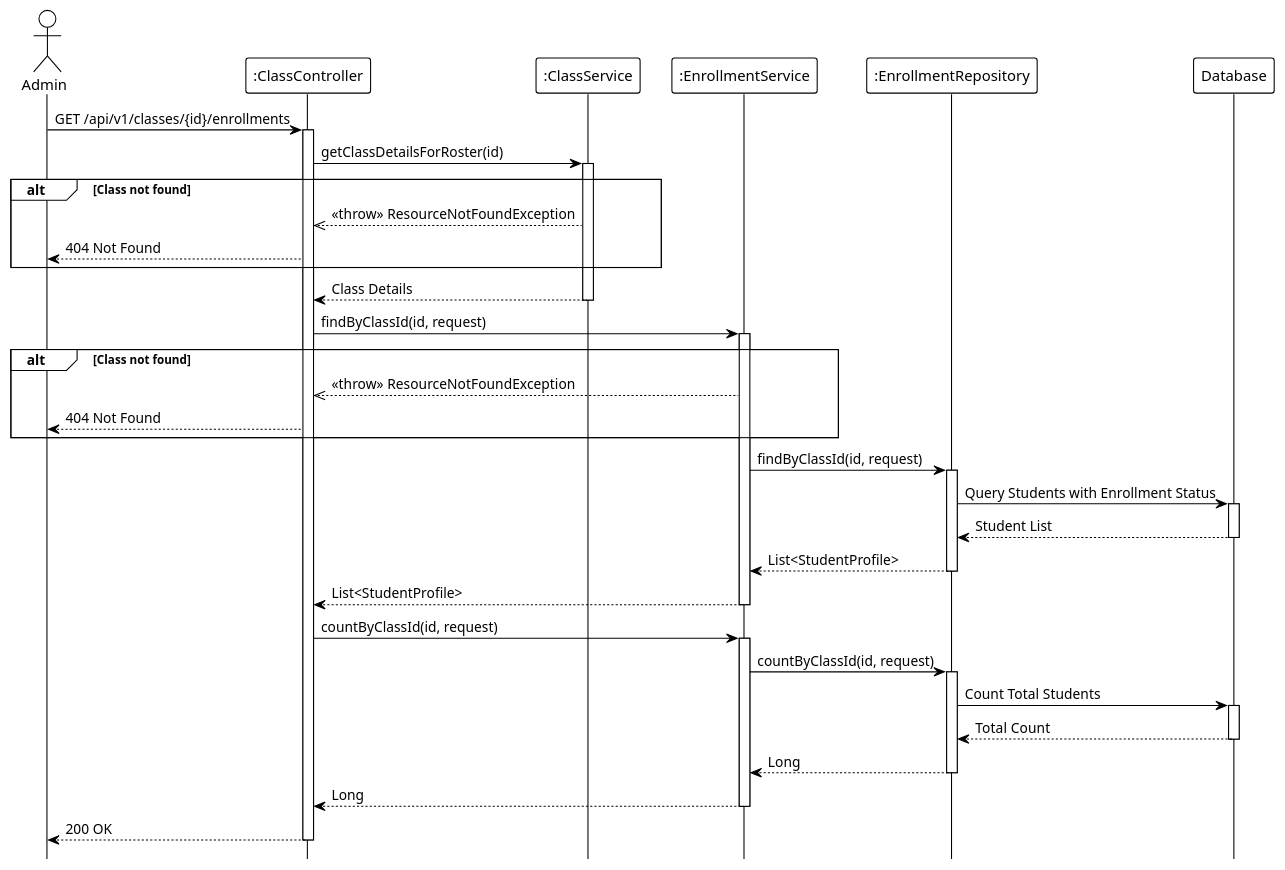
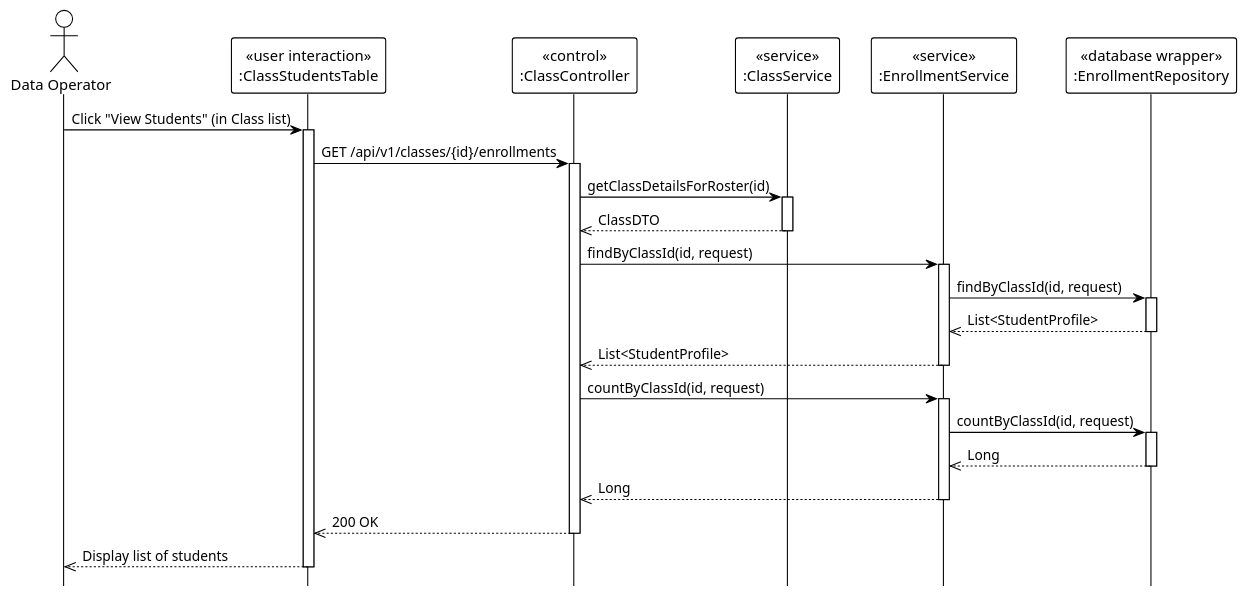
The diagram in system_detailed_design/29_view_class_students/sequence_diagram_view_class_students.puml (Ndh474/context), drawn with PlantUML before and after one commit. The commit also changed 3 other files, not shown here.

Commit message:
docs: Add sequence diagrams for class student viewing, enrollment, unenrollment, and CSV import.

```diff
--- a/system_detailed_design/29_view_class_students/sequence_diagram_view_class_students.puml
+++ b/system_detailed_design/29_view_class_students/sequence_diagram_view_class_students.puml
@@ -1,79 +1,55 @@
 @startuml view_class_students
 !theme plain
 hide footbox
 
-actor Admin
-participant ":ClassController" as Controller
-participant ":ClassService" as ClassService
-participant ":EnrollmentService" as EnrollmentService
-participant ":EnrollmentRepository" as Repository
-participant "Database" as DB
+actor "Data Operator" as DataOperator
 
-' --- MAIN FLOW ---
-Admin -> Controller: GET /api/v1/classes/{id}/enrollments
+participant "«user interaction»\n:ClassStudentsTable" as UI
+participant "«control»\n:ClassController" as Controller
+participant "«service»\n:ClassService" as ClassService
+participant "«service»\n:EnrollmentService" as Service
+participant "«database wrapper»\n:EnrollmentRepository" as Repository
+
+' === MAIN FLOW ===
+DataOperator -> UI: Click "View Students" (in Class list)
+activate UI
+
+UI -> Controller: GET /api/v1/classes/{id}/enrollments
 activate Controller
 
-' --- GET CLASS DETAILS ---
+' === GET CLASS DETAILS ===
 Controller -> ClassService: getClassDetailsForRoster(id)
 activate ClassService
-
-' Class validation (internal)
-
-alt Class not found
-    ClassService -->> Controller: <<throw>> ResourceNotFoundException
-    Controller --> Admin: 404 Not Found
-end
-
-ClassService --> Controller: Class Details
+ClassService -->> Controller: ClassDTO
 deactivate ClassService
 
-' --- GET STUDENTS LIST ---
-Controller -> EnrollmentService: findByClassId(id, request)
-activate EnrollmentService
+' === GET STUDENTS LIST ===
+Controller -> Service: findByClassId(id, request)
+activate Service
 
-' Class validation (internal)
-
-alt Class not found
-    EnrollmentService -->> Controller: <<throw>> ResourceNotFoundException
-    Controller --> Admin: 404 Not Found
-end
-
-EnrollmentService -> Repository: findByClassId(id, request)
+Service -> Repository: findByClassId(id, request)
 activate Repository
-
-Repository -> DB: Query Students with Enrollment Status
-activate DB
-DB --> Repository: Student List
-deactivate DB
-
-Repository --> EnrollmentService: List<StudentProfile>
+Repository -->> Service: List<StudentProfile>
 deactivate Repository
 
-EnrollmentService --> Controller: List<StudentProfile>
-deactivate EnrollmentService
+Service -->> Controller: List<StudentProfile>
+deactivate Service
 
-' Count queries (internal: total, enrolled, withdrawn)
+' === GET COUNTS ===
+Controller -> Service: countByClassId(id, request)
+activate Service
+Service -> Repository: countByClassId(id, request)
+activate Repository
+Repository -->> Service: Long
+deactivate Repository
+Service -->> Controller: Long
+deactivate Service
 
-Controller -> EnrollmentService: countByClassId(id, request)
-activate EnrollmentService
-
-EnrollmentService -> Repository: countByClassId(id, request)
-activate Repository
-
-Repository -> DB: Count Total Students
-activate DB
-DB --> Repository: Total Count
-deactivate DB
-
-Repository --> EnrollmentService: Long
-deactivate Repository
-
-EnrollmentService --> Controller: Long
-deactivate EnrollmentService
-
-' Build roster response (internal)
-
-Controller --> Admin: 200 OK
+' === RESPONSE ===
+Controller -->> UI: 200 OK
 deactivate Controller
 
+UI -->> DataOperator: Display list of students
+deactivate UI
+
 @enduml
```
